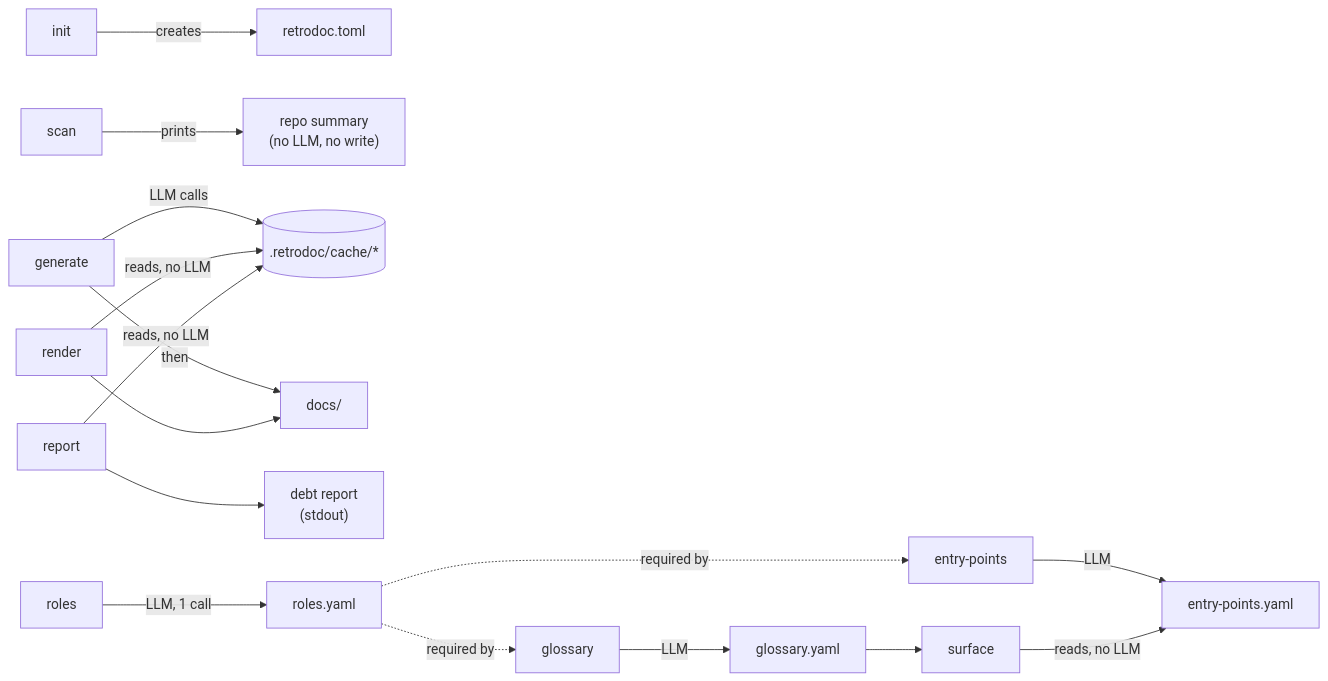
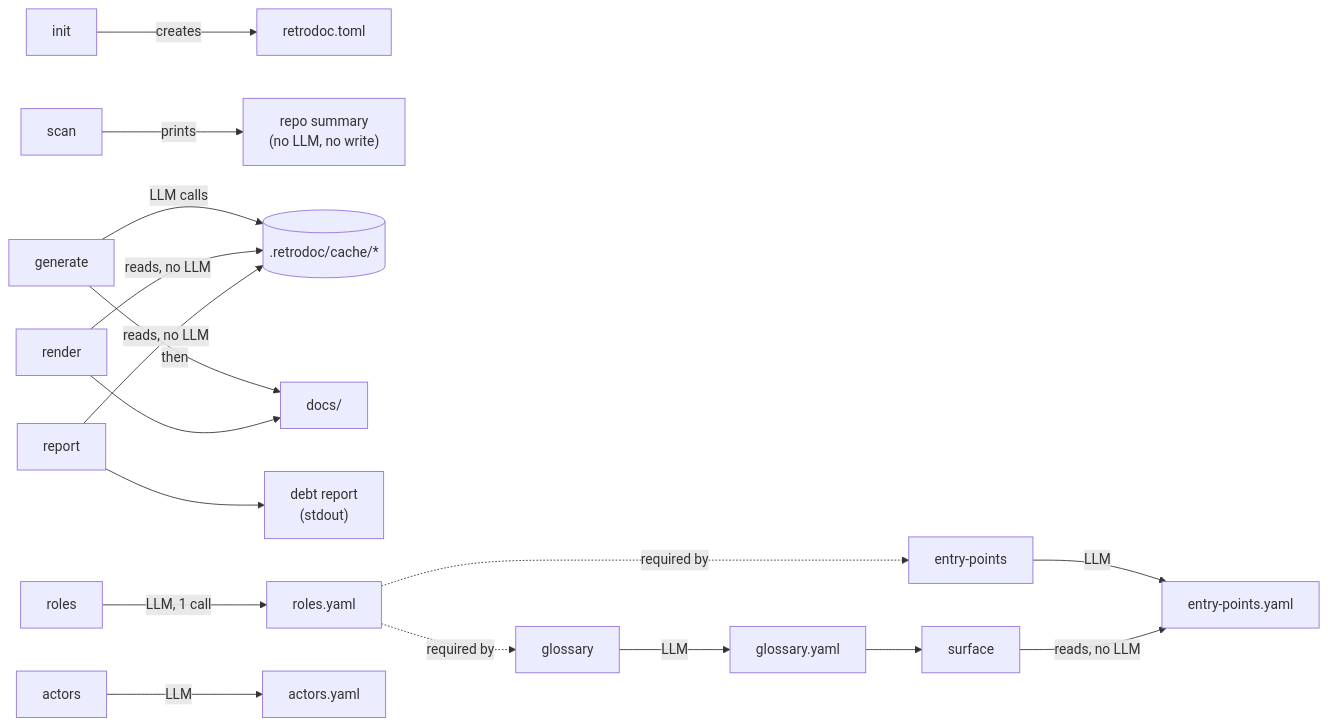
Before and after one commit to Electron-libre/RetroDoc: the third of 8 diagrams in docs/ARCHITECTURE.md, drawn with Mermaid. The commit also changed other lines of this file and 13 other files, not shown here.

````diff
--- a/docs/ARCHITECTURE.md
+++ b/docs/ARCHITECTURE.md
@@ -59,18 +59,19 @@
 ```mermaid
 flowchart LR
     init["init"] -->|creates| toml["retrodoc.toml"]
     scan["scan"] -->|prints| sum["repo summary<br/>(no LLM, no write)"]
     gen["generate"] -->|LLM calls| art[(".retrodoc/cache/*")]
     gen -->|then| out["docs/"]
     ren["render"] -->|reads, no LLM| art
     ren --> out
     rep["report"] -->|reads, no LLM| art
     rep --> debt["debt report<br/>(stdout)"]
     roles["roles"] -->|LLM, 1 call| rolesyaml["roles.yaml"]
     gloss["glossary"] -->|LLM| glossyaml["glossary.yaml"]
     rolesyaml -.->|required by| gloss
     ep["entry-points"] -->|LLM| epyaml["entry-points.yaml"]
+    act["actors"] -->|LLM| actyaml["actors.yaml"]
     rolesyaml -.->|required by| ep
     surf["surface"] -->|reads, no LLM| epyaml
     glossyaml --> surf
 ```
````
